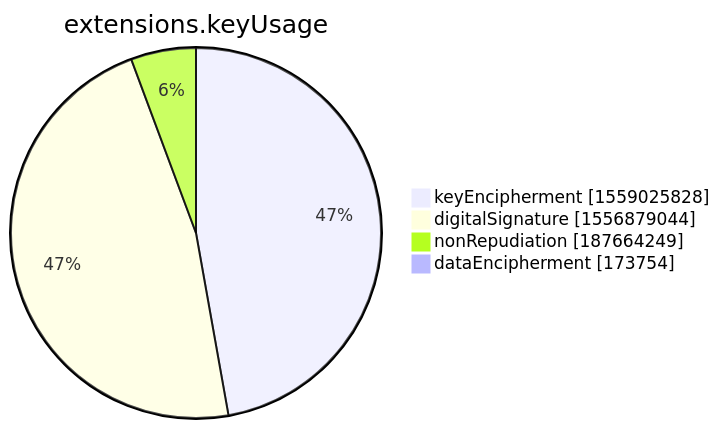
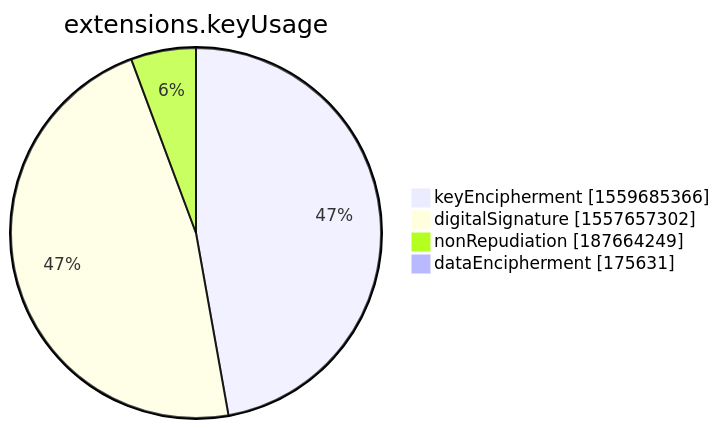
One commit to christiankrug/ctmonitor_visualization changed the seventh of 15 diagrams in xenon2022/README.md. Above: the diagram before and after it, drawn with Mermaid. The commit also changed other lines of this file, not shown here.

````diff
--- a/xenon2022/README.md
+++ b/xenon2022/README.md
@@ -2852,8 +2852,8 @@
 ```mermaid
 pie showData
 title extensions.keyUsage
-"keyEncipherment" :1559025828
-"digitalSignature" :1556879044
+"keyEncipherment" :1559685366
+"digitalSignature" :1557657302
 "nonRepudiation" :187664249
-"dataEncipherment" :173754
+"dataEncipherment" :175631
 ```
````
